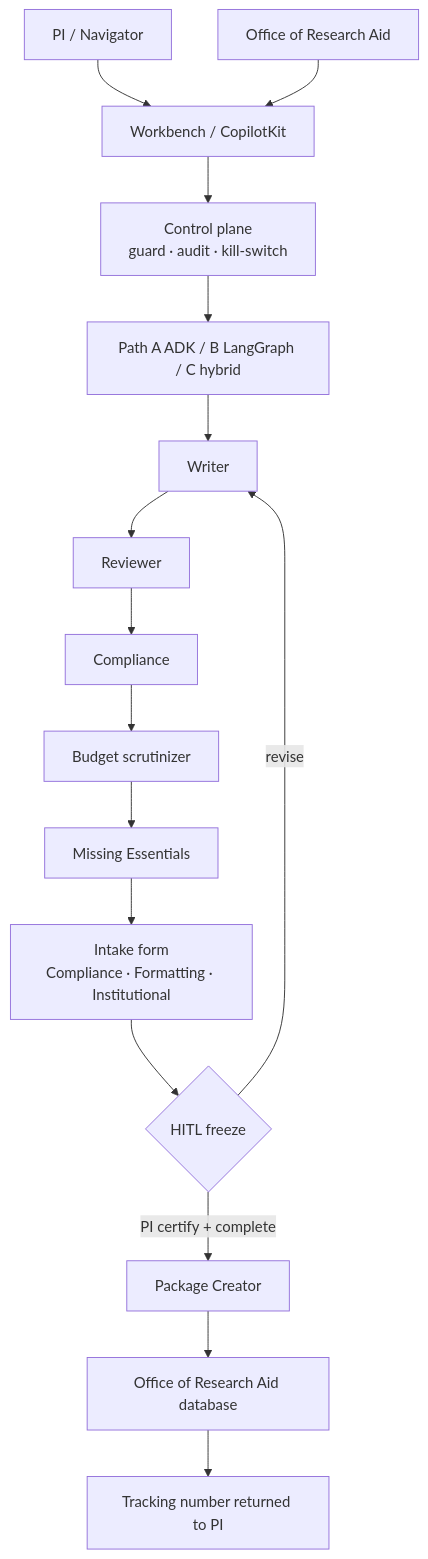
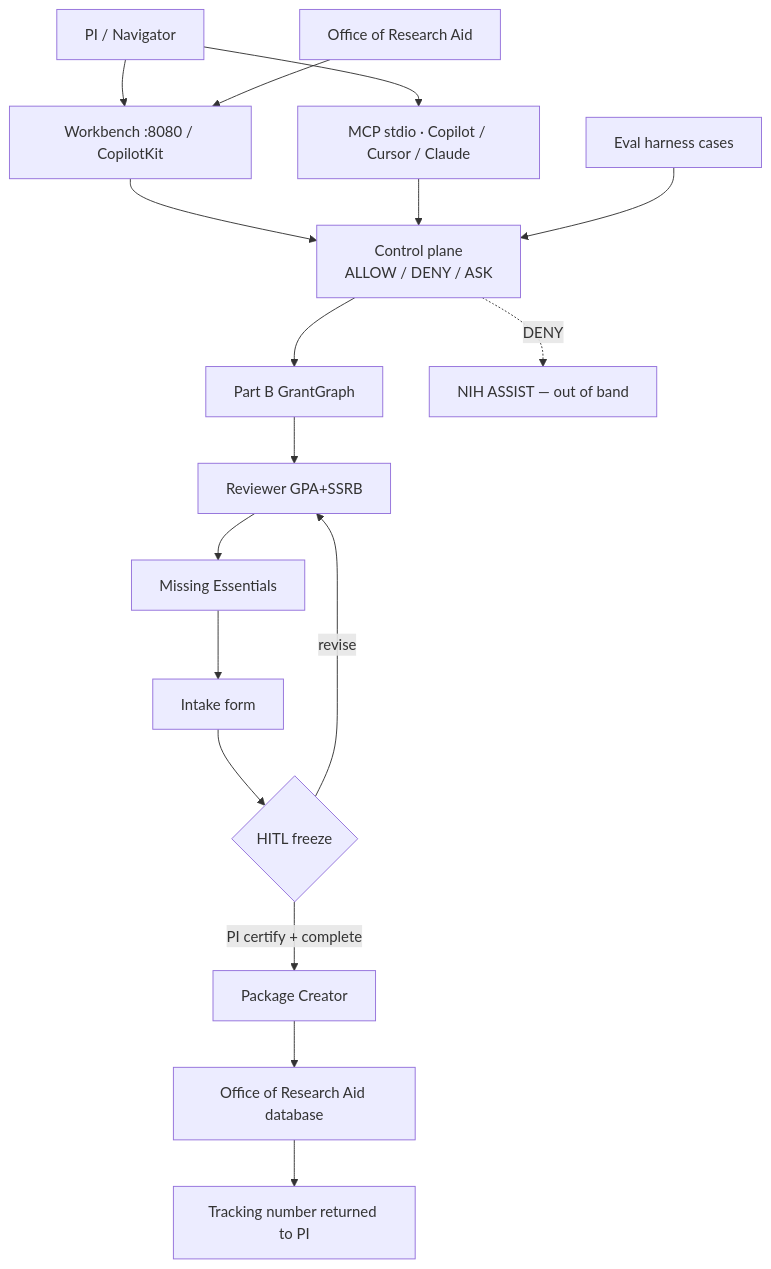
Before and after one commit to YPCC/grant-agent-lab: the diagram in README.md, drawn with Mermaid. The commit also changed other lines of this file and 10 other files, not shown here.

First line of the commit message:
Update C4 diagrams and README for the unified GrantGraph

````diff
--- a/README.md
+++ b/README.md
@@ -11,18 +11,19 @@
 ```mermaid
 flowchart TD
-  PI[PI / Navigator] --> UI[Workbench / CopilotKit]
+  PI[PI / Navigator] --> UI[Workbench :8080 / CopilotKit]
+  PI --> MCP[MCP stdio · Copilot / Cursor / Claude]
   ORA["Office of Research Aid"] --> UI
-  UI --> CP[Control plane<br/>guard · audit · kill-switch]
-  CP --> ORCH[Path A ADK / B LangGraph / C hybrid]
-  ORCH --> WR[Writer]
-  WR --> RV[Reviewer]
-  RV --> CC[Compliance]
-  CC --> BS[Budget scrutinizer]
-  BS --> ME[Missing Essentials]
-  ME --> INTAKE[Intake form<br/>Compliance · Formatting · Institutional]
+  UI --> CP[Control plane<br/>ALLOW / DENY / ASK]
+  MCP --> CP
+  HARNESS[Eval harness cases] --> CP
+  CP --> G[Part B GrantGraph]
+  G --> RV[Reviewer GPA+SSRB]
+  RV --> ME[Missing Essentials]
+  ME --> INTAKE[Intake form]
   INTAKE --> HITL{HITL freeze}
-  HITL -->|revise| WR
+  HITL -->|revise| RV
   HITL -->|PI certify + complete| PK[Package Creator]
   PK --> ODB[Office of Research Aid database]
   ODB --> TRACK[Tracking number returned to PI]
+  CP -.->|DENY| ASSIST[NIH ASSIST — out of band]
 ```
````
